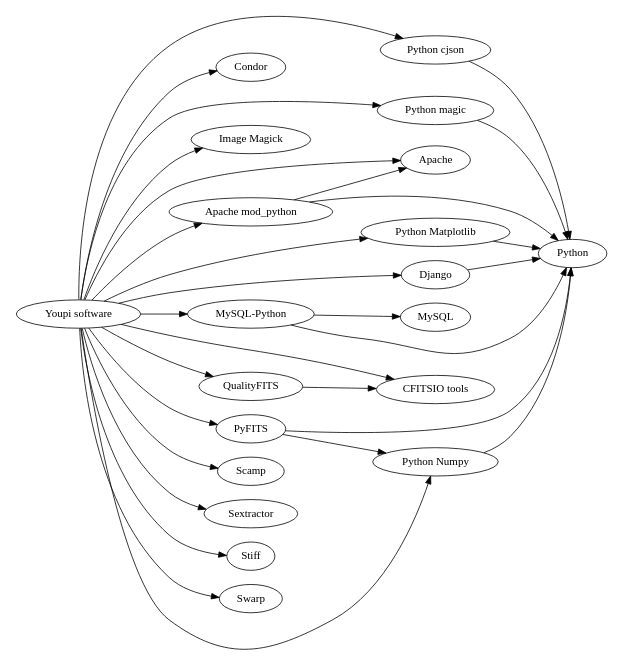
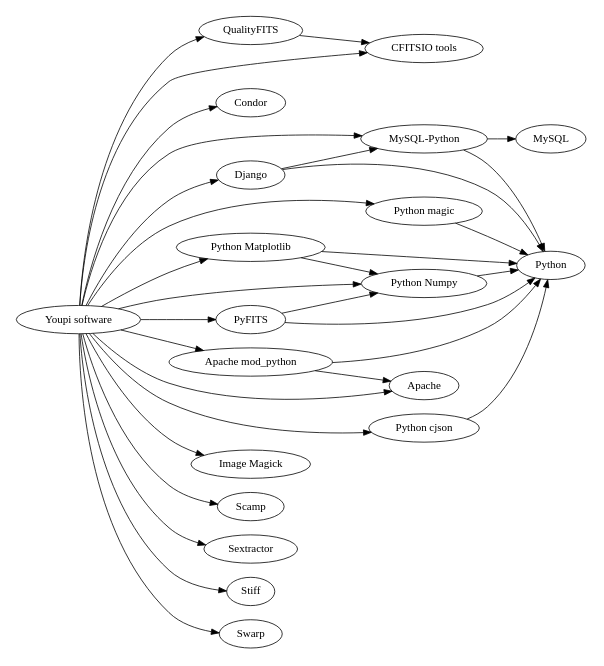
One commit to gotsunami/Youpi changed the diagram in doc/handbook/figures/dependencies_tree.dot. Above: the diagram before and after it, drawn with Graphviz. The commit also changed 1 other file, not shown here.

```diff
--- a/doc/handbook/figures/dependencies_tree.dot
+++ b/doc/handbook/figures/dependencies_tree.dot
@@ -1,58 +1,60 @@
 digraph G {
 	size="5,5";
 	rankdir = LR;
 
 	youpi [label="Youpi software"];
 	cfitsio	[label="CFITSIO tools"];
 	condor [label="Condor"];
 	django [label="Django"];
 	magic [label="Image Magick"];
 	modpython [label="Apache mod_python"];
 	mysqlpython [label="MySQL-Python"];
 	pyfits [label="PyFITS"];
 	python [label="Python"];
 	pythoncjson	[label="Python cjson"];
 	pythonmagic	[label="Python magic"];
 	pythonmplib	[label="Python Matplotlib"];
 	pythonnumpy	[label="Python Numpy"];
 	apache [label="Apache"];
 	mysql [label="MySQL"];
 
 	scamp [label="Scamp"];
 	sextractor [label="Sextractor"];
 	stiff [label="Stiff"];
 	swarp [label="Swarp"];
 	qfits [label="QualityFITS"];
 
 	youpi -> apache;
 	youpi -> cfitsio;
 	youpi -> condor;
 	youpi -> django;
 	youpi -> magic;
 	youpi -> modpython;
 	youpi -> pyfits;
 	youpi -> pythoncjson;
 	youpi -> pythonmagic;
 	youpi -> pythonmplib;
 	youpi -> pythonnumpy;
 	youpi -> mysqlpython;
 
 	youpi -> scamp;
 	youpi -> sextractor;
 	youpi -> stiff;
 	youpi -> swarp;
 	youpi -> qfits;
 
 	qfits -> cfitsio;
 	mysqlpython -> mysql;
 	django -> python;
+	django -> mysqlpython;
 	modpython -> apache;
 	modpython -> python;
 	pythonmagic -> python;
 	pythonmplib -> python;
 	pythoncjson -> python;
 	pythonnumpy -> python;
 	mysqlpython -> python;
 	pyfits -> python;
 	pyfits -> pythonnumpy;
+	pythonmplib -> pythonnumpy;
 }
```
